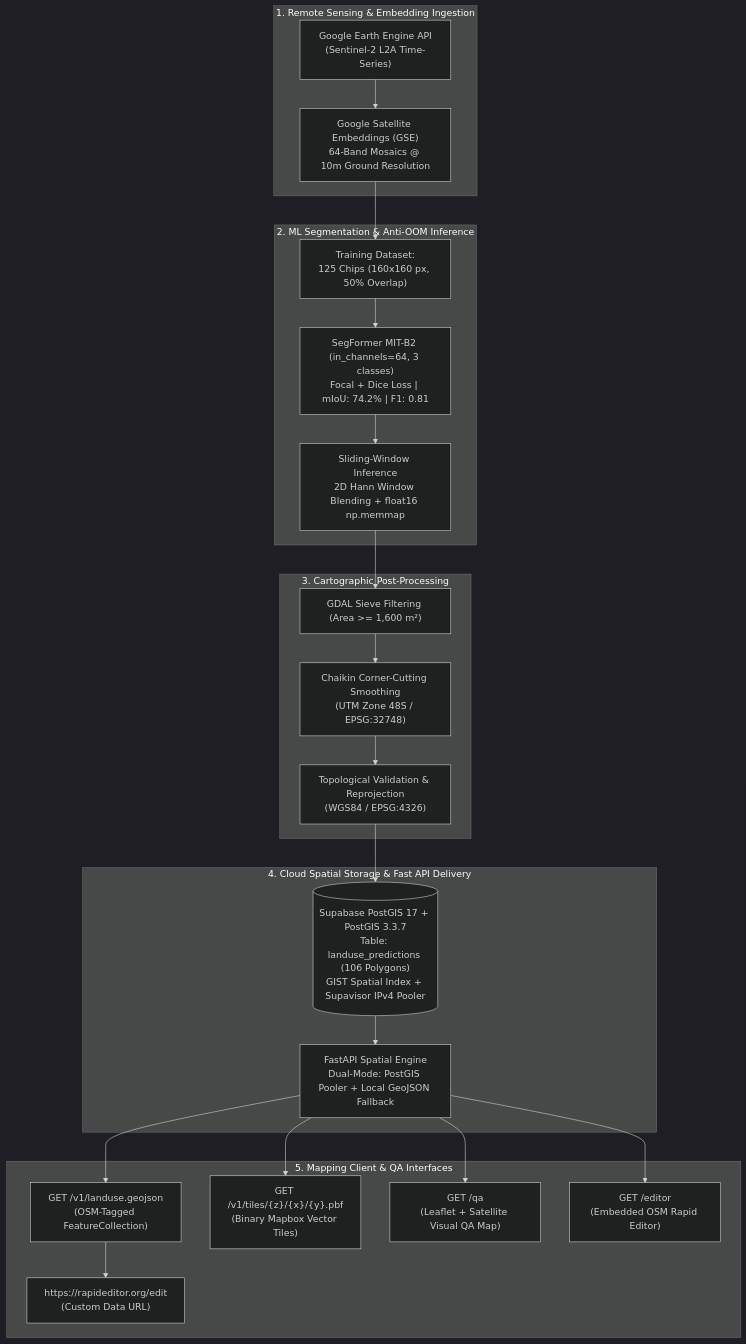
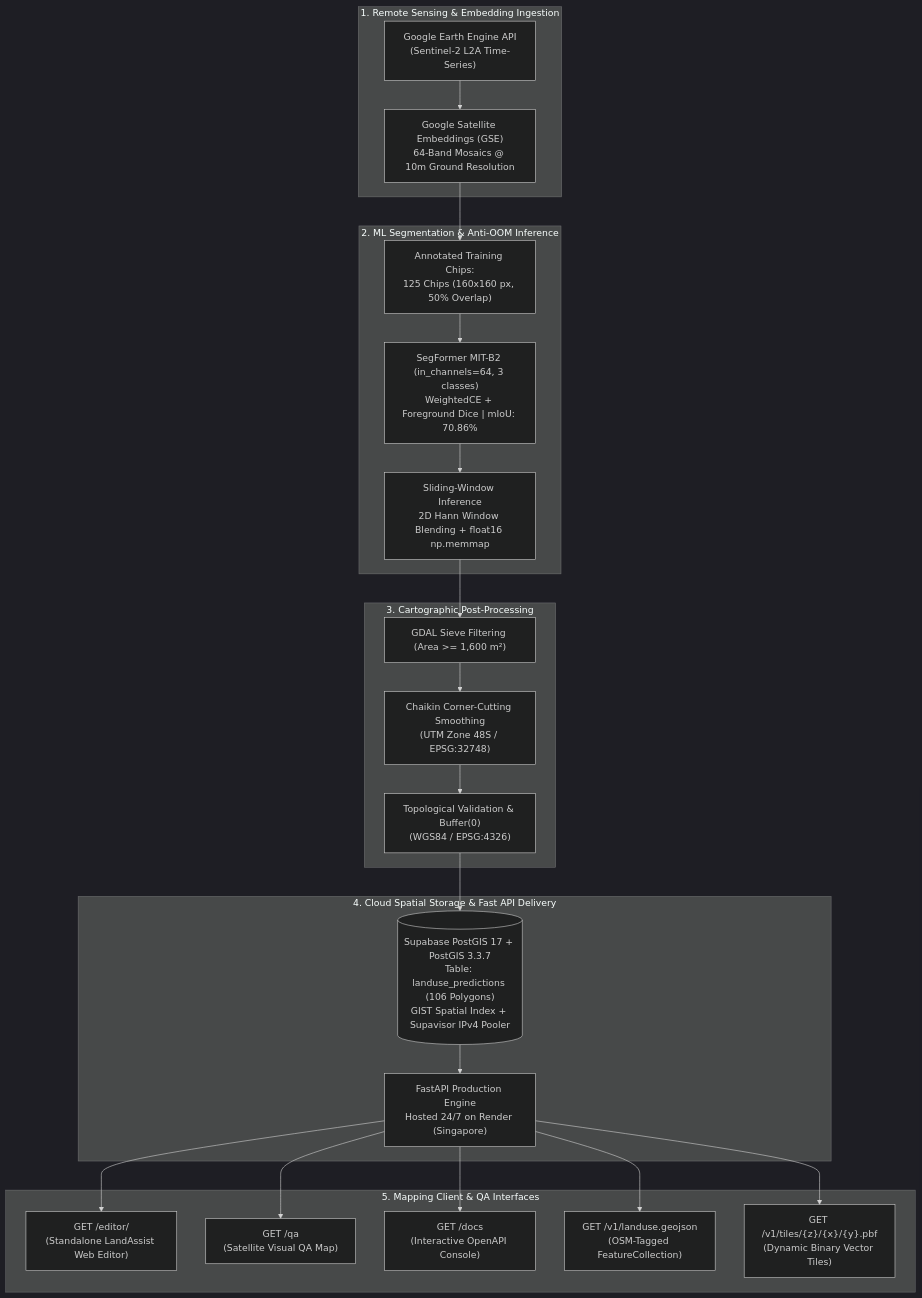
Before and after one commit to Anovvy/LandAssist: the diagram in README.md, drawn with Mermaid (dark theme). The commit also changed other lines of this file and 14 other files, not shown here.

````diff
--- a/README.md
+++ b/README.md
@@ -37,31 +111,31 @@
 ```mermaid
 flowchart TD
     subgraph Ingestion["1. Remote Sensing & Embedding Ingestion"]
         GEE["Google Earth Engine API\n(Sentinel-2 L2A Time-Series)"] --> GSE["Google Satellite Embeddings (GSE)\n64-Band Mosaics @ 10m Ground Resolution"]
     end
 
     subgraph DeepLearning["2. ML Segmentation & Anti-OOM Inference"]
-        GSE --> DS["Training Dataset:\n125 Chips (160x160 px, 50% Overlap)"]
-        DS --> SegFormer["SegFormer MIT-B2 (in_channels=64, 3 classes)\nFocal + Dice Loss | mIoU: 74.2% | F1: 0.81"]
+        GSE --> DS["Annotated Training Chips:\n125 Chips (160x160 px, 50% Overlap)"]
+        DS --> SegFormer["SegFormer MIT-B2 (in_channels=64, 3 classes)\nWeightedCE + Foreground Dice | mIoU: 70.86%"]
         SegFormer --> Infer["Sliding-Window Inference\n2D Hann Window Blending + float16 np.memmap"]
     end
 
     subgraph Vectorization["3. Cartographic Post-Processing"]
         Infer --> Sieve["GDAL Sieve Filtering (Area >= 1,600 m²)"]
         Sieve --> Chaikin["Chaikin Corner-Cutting Smoothing\n(UTM Zone 48S / EPSG:32748)"]
-        Chaikin --> Reproject["Topological Validation & Reprojection\n(WGS84 / EPSG:4326)"]
+        Chaikin --> Reproject["Topological Validation & Buffer(0)\n(WGS84 / EPSG:4326)"]
     end
 
     subgraph DataLayer["4. Cloud Spatial Storage & Fast API Delivery"]
         Reproject --> DB[("Supabase PostGIS 17 + PostGIS 3.3.7\nTable: landuse_predictions (106 Polygons)\nGIST Spatial Index + Supavisor IPv4 Pooler")]
-        DB --> API["FastAPI Spatial Engine\nDual-Mode: PostGIS Pooler + Local GeoJSON Fallback"]
+        DB --> API["FastAPI Production Engine\nHosted 24/7 on Render (Singapore)"]
     end
 
     subgraph Presentation["5. Mapping Client & QA Interfaces"]
+        API --> WebEditor["GET /editor/\n(Standalone LandAssist Web Editor)"]
+        API --> QA["GET /qa\n(Satellite Visual QA Map)"]
+        API --> Swagger["GET /docs\n(Interactive OpenAPI Console)"]
         API --> GeoJSON["GET /v1/landuse.geojson\n(OSM-Tagged FeatureCollection)"]
-        API --> MVT["GET /v1/tiles/{z}/{x}/{y}.pbf\n(Binary Mapbox Vector Tiles)"]
-        API --> QA["GET /qa\n(Leaflet + Satellite Visual QA Map)"]
-        API --> BuiltInEditor["GET /editor\n(Embedded OSM Rapid Editor)"]
-        GeoJSON --> PublicRapid["https://rapideditor.org/edit\n(Custom Data URL)"]
+        API --> MVT["GET /v1/tiles/{z}/{x}/{y}.pbf\n(Dynamic Binary Vector Tiles)"]
     end
 ```
````
